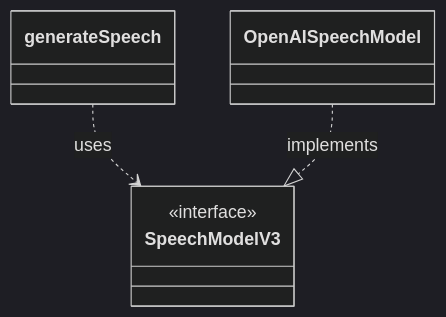
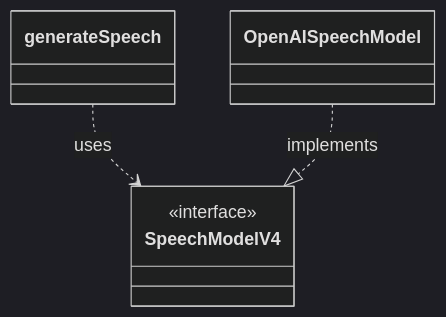
Before and after one commit to vercel/ai: the seventh of 8 diagrams in architecture/provider-abstraction.md, drawn with Mermaid (dark theme). The commit also changed other lines of this file and 30 other files, not shown here.

````diff
--- a/architecture/provider-abstraction.md
+++ b/architecture/provider-abstraction.md
@@ -162,11 +162,11 @@
 ```mermaid
 classDiagram
     class generateSpeech
-    class SpeechModelV3 {
+    class SpeechModelV4 {
       <<interface>>
     }
     class OpenAISpeechModel
 
-    generateSpeech ..> SpeechModelV3 : uses
-    OpenAISpeechModel ..|> SpeechModelV3 : implements
+    generateSpeech ..> SpeechModelV4 : uses
+    OpenAISpeechModel ..|> SpeechModelV4 : implements
 ```
````
